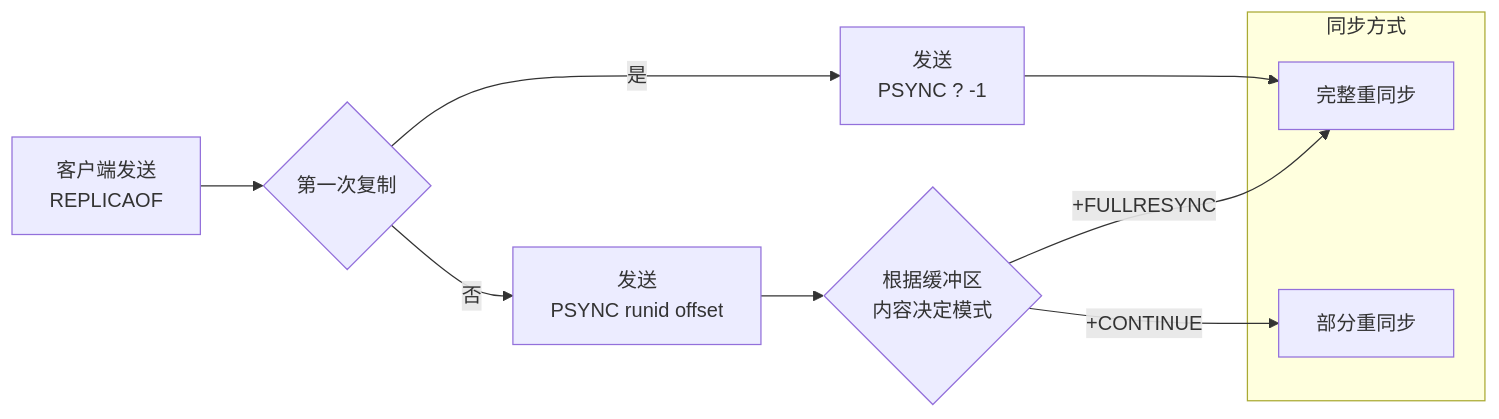
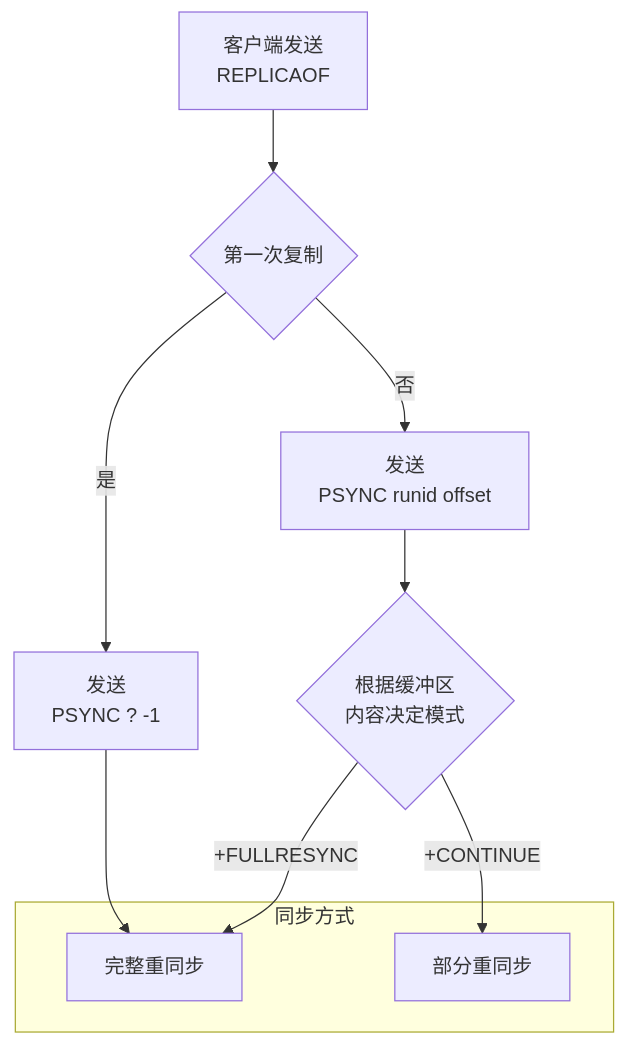
Before and after one commit to WCY-dt/blog: the third of 4 diagrams in _posts/2025-01-13-Redis高可用.md, drawn with Mermaid. The commit also changed other lines of this file and 5 other files, not shown here.

````diff
--- a/_posts/2025-01-13-Redis高可用.md
+++ b/_posts/2025-01-13-Redis高可用.md
@@ -103,13 +133,13 @@
 ```mermaid
-graph LR
+graph TD
     A[客户端发送<br>REPLICAOF] --> B{第一次复制}
     B -- 是 --> C[发送<br>PSYNC ? -1] --> H[完整重同步]
     B -- 否 --> D[发送<br>PSYNC runid offset]
     D --> E{根据缓冲区<br>内容决定模式}
     E -- +CONTINUE --> F[部分重同步]
     E -- +FULLRESYNC --> H
     subgraph 同步方式
         H
         F
     end
 ```
````
